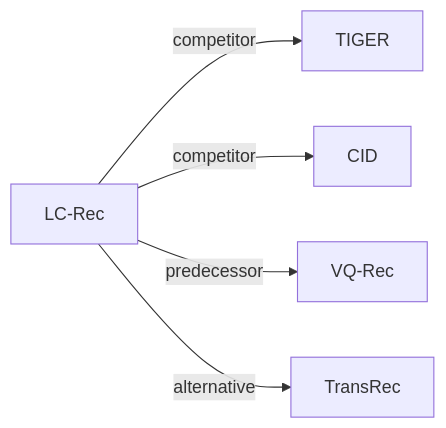
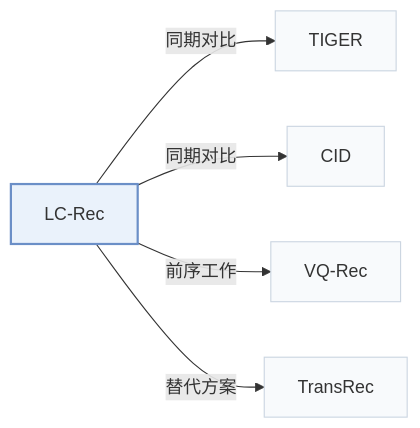
One commit to Galaxy-ghost/Awesome-SID-Generative-Rec changed the third of 3 diagrams in pages/zh/papers/lc-rec.md. Above: the diagram before and after it, drawn with Mermaid. The commit also changed other lines of this file and 649 other files, not shown here.

Commit message:
writer-05: also tags and modality index (schema, check, build, visuals); summary field removed; calibration data for 12 papers

````diff
--- a/pages/zh/papers/lc-rec.md
+++ b/pages/zh/papers/lc-rec.md
@@ -122,8 +136,12 @@
 ```mermaid
 flowchart LR
     P["LC-Rec"]
-    P -->|competitor| A["TIGER"]
-    P -->|competitor| B["CID"]
-    P -->|predecessor| C["VQ-Rec"]
-    P -->|alternative| D["TransRec"]
+    P -->|"同期对比"| A["TIGER"]
+    P -->|"同期对比"| B["CID"]
+    P -->|"前序工作"| C["VQ-Rec"]
+    P -->|"替代方案"| D["TransRec"]
+    classDef main fill:#eaf2fb,stroke:#6b8fc7,stroke-width:2px
+    classDef peer fill:#f8fafc,stroke:#cbd5e1
+    class P main
+    class A,B,C,D peer
 ```
````
